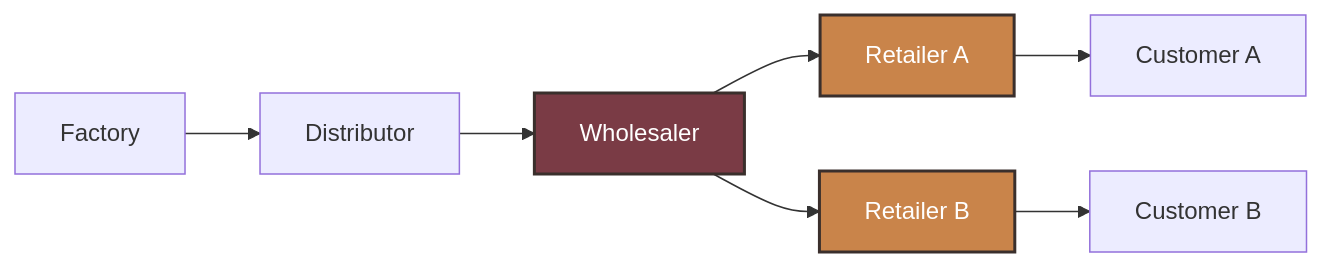
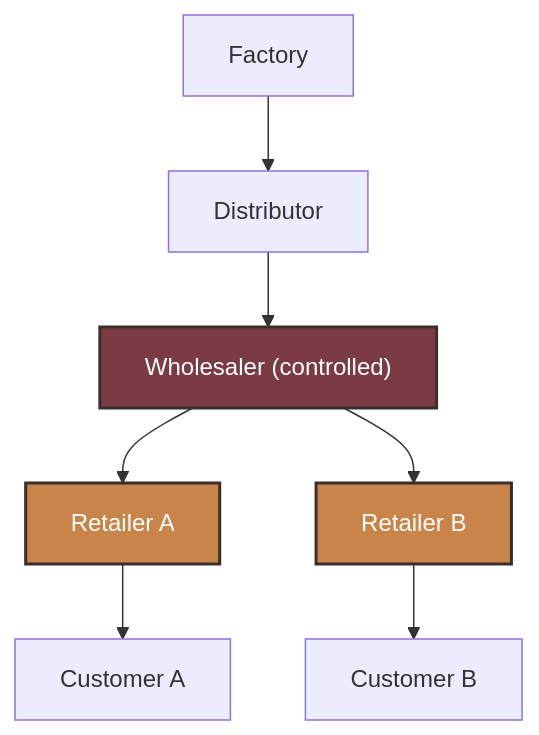
Before and after one commit to ConstantinVictorBeatErtel/Supply_Chain_Bench: the diagram in README.md, drawn with Mermaid. The commit also changed other lines of this file, not shown here.

Commit message:
Clarify README Y diagram as one wholesaler, two retailers.
Keep accurate role labels, highlight both retailer fork nodes plus the controlled wholesaler, and caption that there are not two wholesaler seats.

````diff
--- a/README.md
+++ b/README.md
@@ -10,9 +10,11 @@
 ```mermaid
-flowchart LR
-  F[Factory] --> D[Distributor] --> W[Wholesaler]
-  W --> RA[Retailer A] --> CA[Customer A]
-  W --> RB[Retailer B] --> CB[Customer B]
+flowchart TB
+  F[Factory] --> D[Distributor] --> W["Wholesaler (controlled)"]
+  W --> RA[Retailer A]
+  W --> RB[Retailer B]
+  RA --> CA[Customer A]
+  RB --> CB[Customer B]
   style W fill:#7A3B45,color:#FFFFFF,stroke:#3A2F2C,stroke-width:2px
   style RA fill:#C9844A,color:#FFFFFF,stroke:#3A2F2C,stroke-width:2px
   style RB fill:#C9844A,color:#FFFFFF,stroke:#3A2F2C,stroke-width:2px
 ```
````
